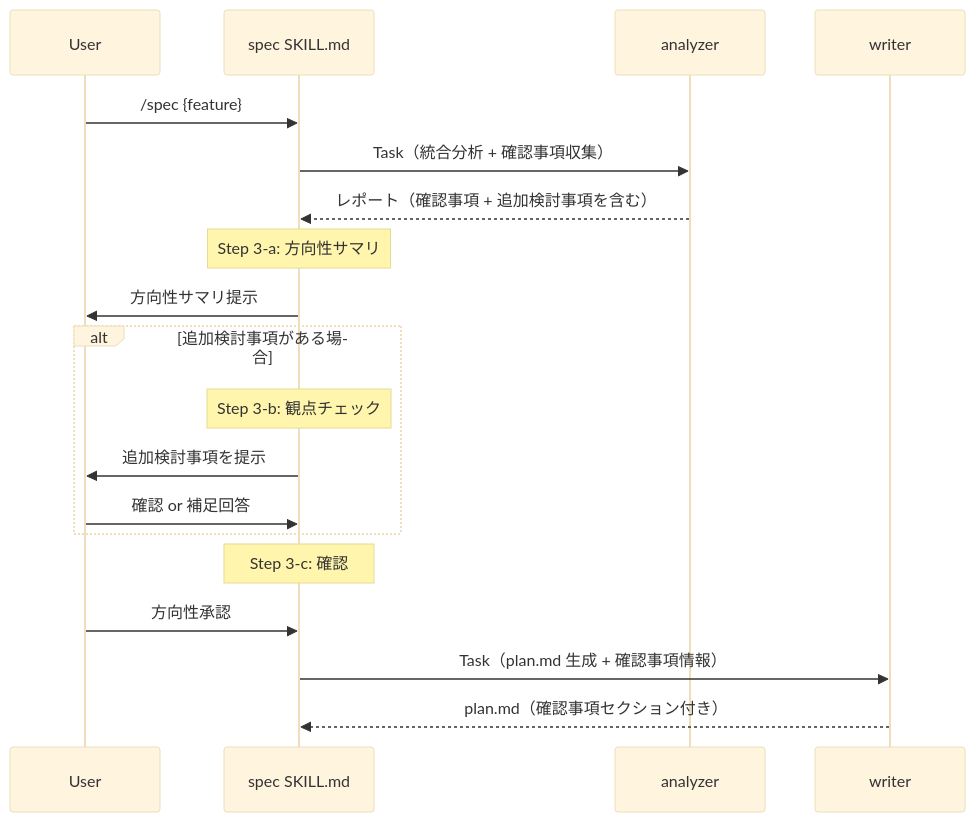
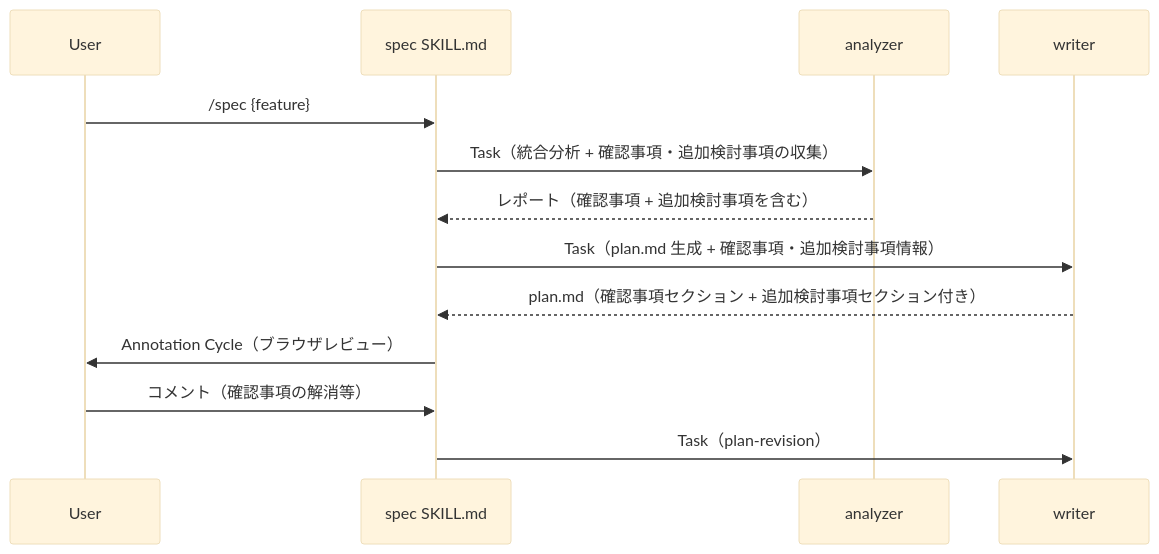
One commit to 884js/spec-flow changed the first of 2 diagrams in docs/plans/spec-confidence/plan.md. Above: the diagram before and after it, drawn with Mermaid (base theme). The commit also changed other lines of this file and 13 other files, not shown here.

First line of the commit message:
feat: 仕様の確信度可視化 — 確認事項・追加検討事項セクションを spec-flow に追加

````diff
--- a/docs/plans/spec-confidence/plan.md
+++ b/docs/plans/spec-confidence/plan.md
@@ -58,26 +61,18 @@
 ```mermaid
 sequenceDiagram
     participant User
     participant Spec as spec SKILL.md
     participant Analyzer as analyzer
     participant Writer as writer
 
     User->>Spec: /spec {feature}
-    Spec->>Analyzer: Task（統合分析 + 確認事項収集）
+    Spec->>Analyzer: Task（統合分析 + 確認事項・追加検討事項の収集）
     Analyzer-->>Spec: レポート（確認事項 + 追加検討事項を含む）
 
-    Note over Spec: Step 3-a: 方向性サマリ
-    Spec->>User: 方向性サマリ提示
+    Spec->>Writer: Task（plan.md 生成 + 確認事項・追加検討事項情報）
+    Writer-->>Spec: plan.md（確認事項セクション + 追加検討事項セクション付き）
 
-    alt 追加検討事項がある場合
-        Note over Spec: Step 3-b: 観点チェック
-        Spec->>User: 追加検討事項を提示
-        User->>Spec: 確認 or 補足回答
-    end
-
-    Note over Spec: Step 3-c: 確認
-    User->>Spec: 方向性承認
-
-    Spec->>Writer: Task（plan.md 生成 + 確認事項情報）
-    Writer-->>Spec: plan.md（確認事項セクション付き）
+    Spec->>User: Annotation Cycle（ブラウザレビュー）
+    User->>Spec: コメント（確認事項の解消等）
+    Spec->>Writer: Task（plan-revision）
 ```
````
